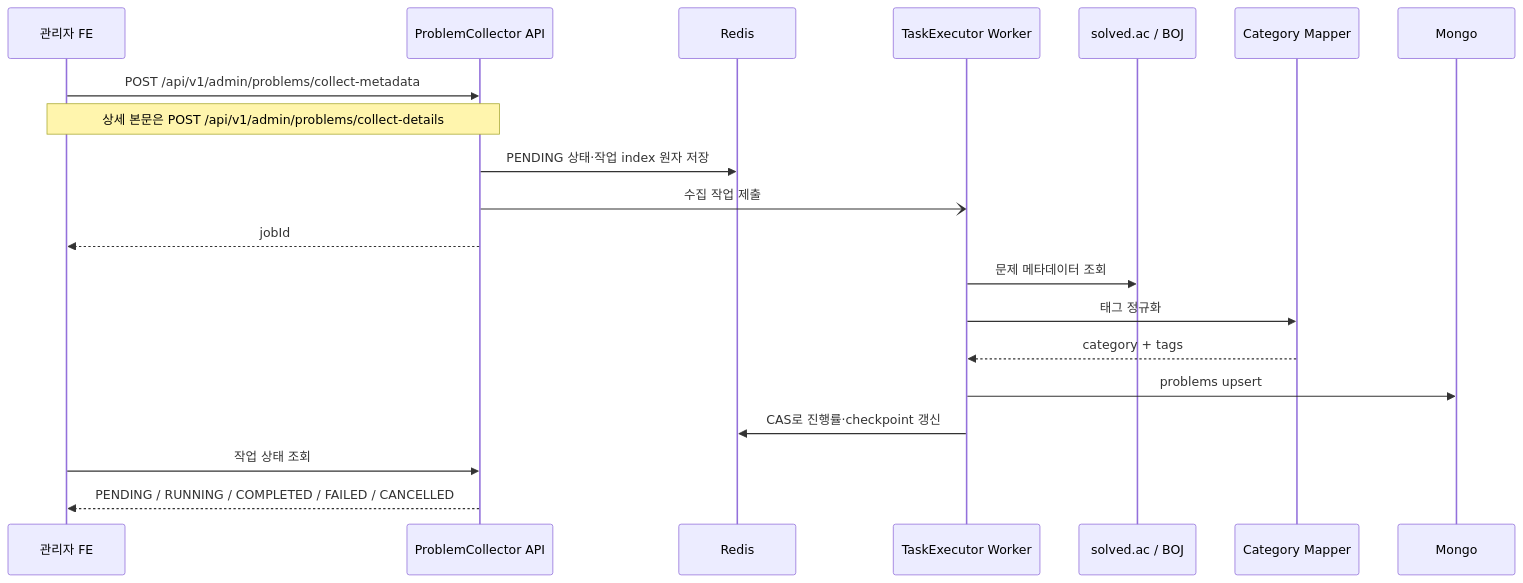
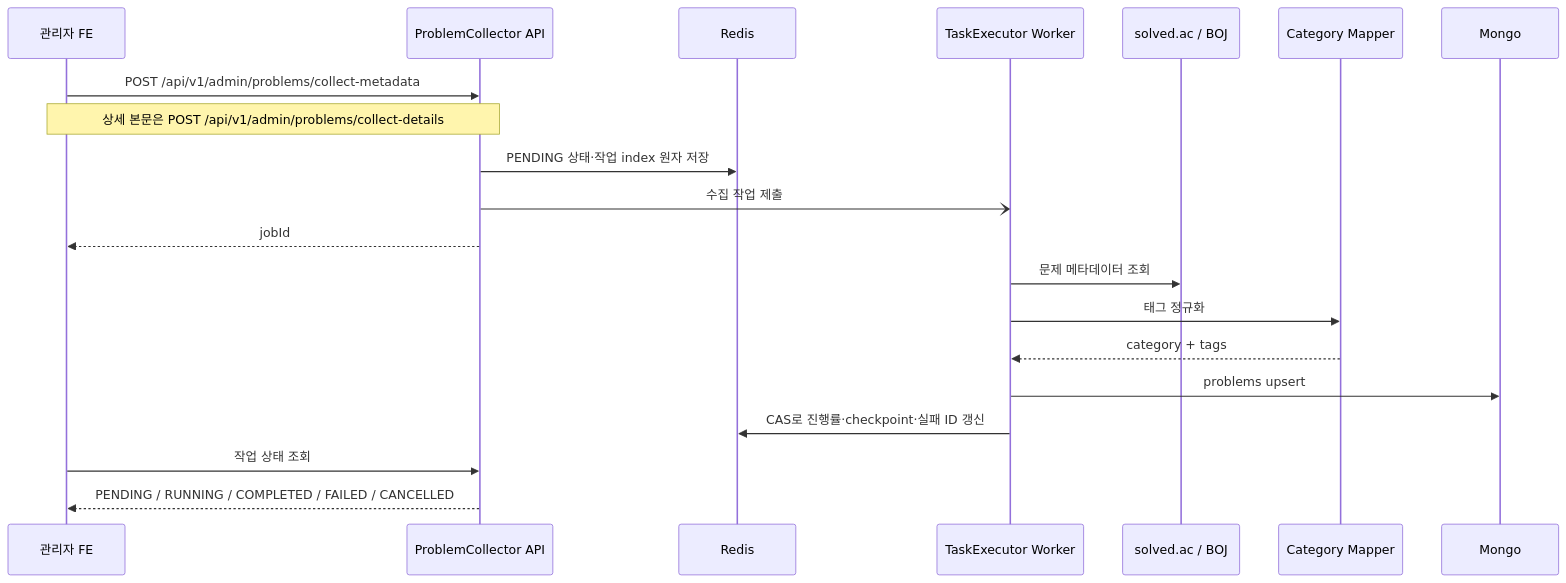
Before and after one commit to didim-log/didim-log-BE: the third of 5 diagrams in README.md, drawn with Mermaid. The commit also changed other lines of this file and 7 other files, not shown here.

````diff
--- a/README.md
+++ b/README.md
@@ -125,23 +125,23 @@
 ```mermaid
 sequenceDiagram
     participant Admin as 관리자 FE
     participant API as ProblemCollector API
     participant Redis
     participant Worker as TaskExecutor Worker
     participant Source as solved.ac / BOJ
     participant Mapper as Category Mapper
     participant Mongo
 
     Admin->>API: POST /api/v1/admin/problems/collect-metadata
     Note over Admin,API: 상세 본문은 POST /api/v1/admin/problems/collect-details
     API->>Redis: PENDING 상태·작업 index 원자 저장
     API-)Worker: 수집 작업 제출
     API-->>Admin: jobId
     Worker->>Source: 문제 메타데이터 조회
     Worker->>Mapper: 태그 정규화
     Mapper-->>Worker: category + tags
     Worker->>Mongo: problems upsert
-    Worker->>Redis: CAS로 진행률·checkpoint 갱신
+    Worker->>Redis: CAS로 진행률·checkpoint·실패 ID 갱신
     Admin->>API: 작업 상태 조회
     API-->>Admin: PENDING / RUNNING / COMPLETED / FAILED / CANCELLED
 ```
````
